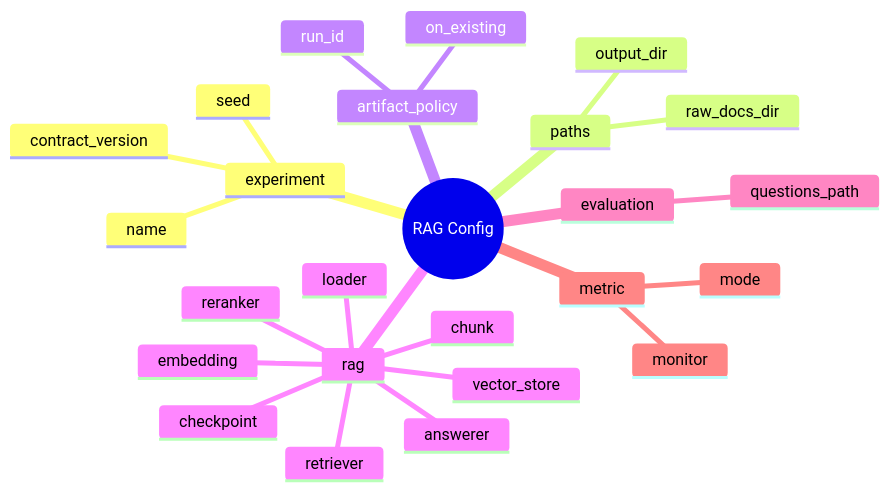
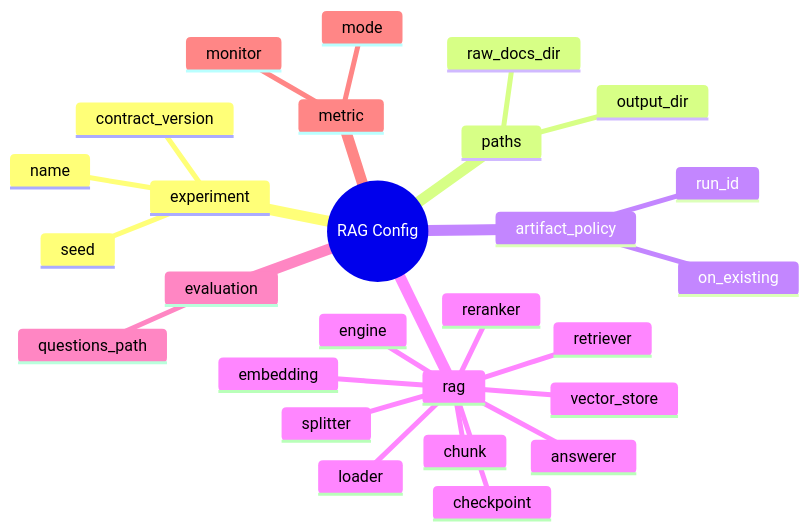
One commit to Codeit-Part3-6Team/Codeit-Part3-6Team-Project changed the diagram in configs/README.md. Above: the diagram before and after it, drawn with Mermaid. The commit also changed other lines of this file and 14 other files, not shown here.

````diff
--- a/configs/README.md
+++ b/configs/README.md
@@ -32,28 +33,30 @@
 ```mermaid
 mindmap
   root((RAG Config))
     experiment
       name
       seed
       contract_version
     paths
       raw_docs_dir
       output_dir
     artifact_policy
       run_id
       on_existing
     rag
+      engine
       loader
+      splitter
       chunk
       embedding
       vector_store
       retriever
       reranker
       answerer
       checkpoint
     evaluation
       questions_path
     metric
       monitor
       mode
 ```
````
